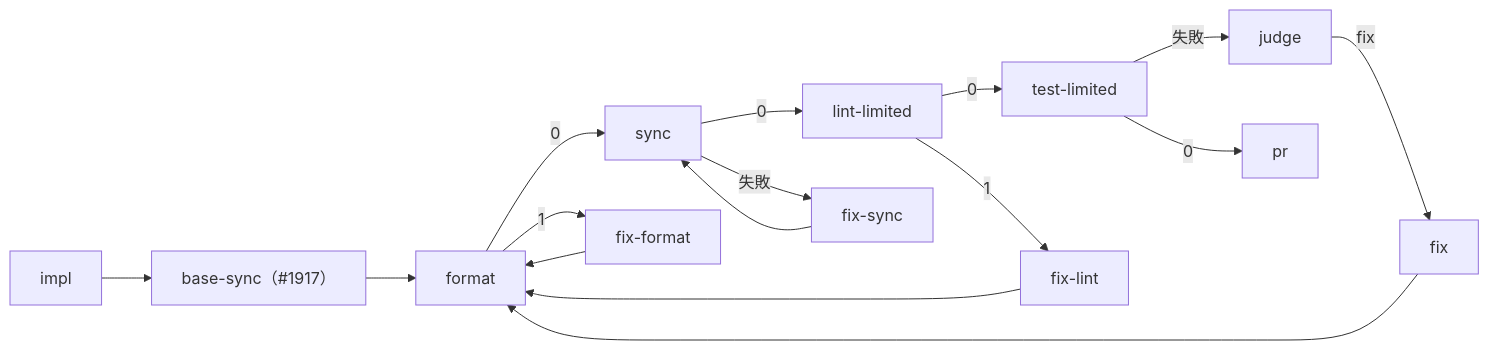
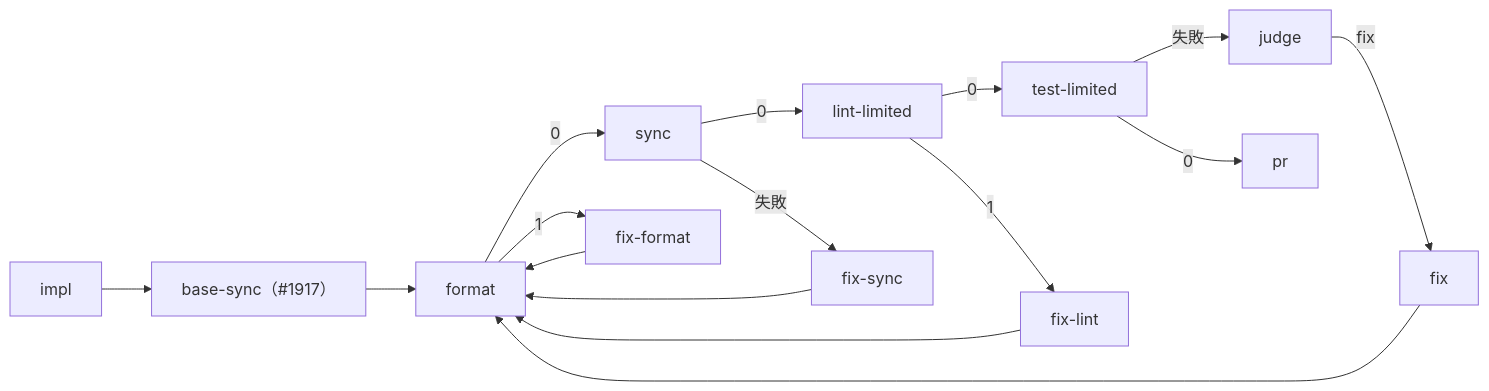
One commit to devbasex/ai-plugins changed the fourth of 6 diagrams in issues/issue-1651-design.md. Above: the diagram before and after it, drawn with Mermaid. The commit also changed other lines of this file and 2 other files, not shown here.

First line of the commit message:
Fix: fix-sync の戻り先も並びの先頭（format）にする

````diff
--- a/issues/issue-1651-design.md
+++ b/issues/issue-1651-design.md
@@ -287,18 +287,18 @@
 ```mermaid
 graph LR
   impl --> bs["base-sync（#1917）"]
   bs --> format
   format -->|0| sync
   format -->|1| fixf["fix-format"]
   fixf --> format
   sync -->|0| lint["lint-limited"]
   sync -->|失敗| fixs["fix-sync"]
-  fixs --> sync
+  fixs --> format
   lint -->|0| tl["test-limited"]
   lint -->|1| fixl["fix-lint"]
   fixl --> format
   tl -->|失敗| judge
   judge -->|fix| fix
   fix --> format
   tl -->|0| pr
 ```
````
